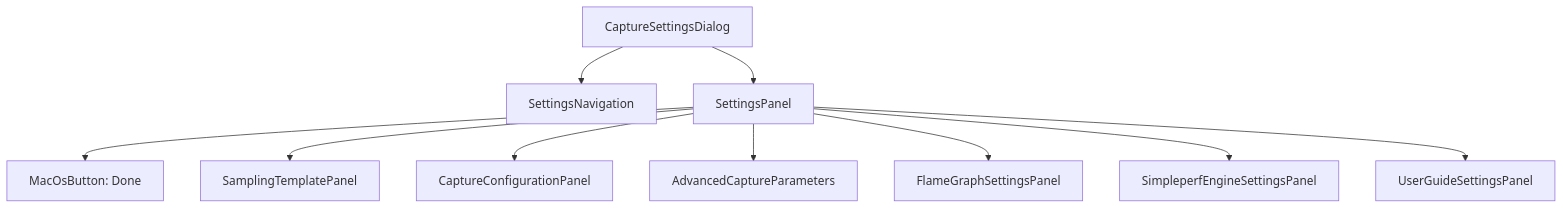
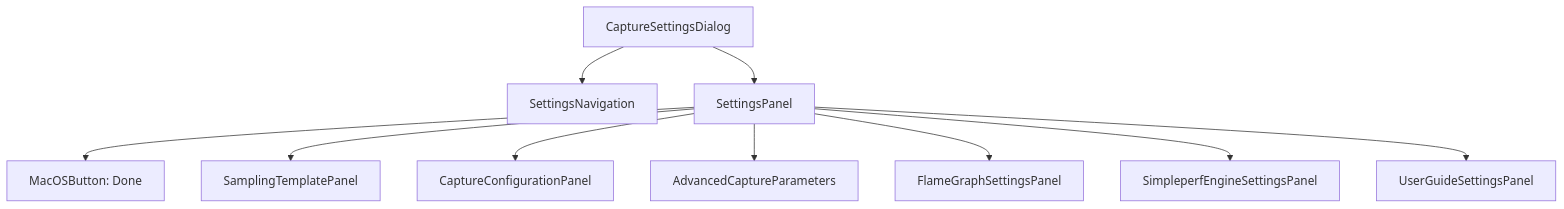
Diagram 15 of 24 in desktop-viewer/docs/architecture/ui-layout-map.md (yuchuangu85/AndroidPerformanceStudio), drawn with Mermaid before and after one commit. The commit also changed other lines of this file and 27 other files, not shown here.

````diff
--- a/desktop-viewer/docs/architecture/ui-layout-map.md
+++ b/desktop-viewer/docs/architecture/ui-layout-map.md
@@ -822,23 +822,23 @@
 ```mermaid
 flowchart TD
     Dialog[CaptureSettingsDialog]
     Nav[SettingsNavigation]
     Panel[SettingsPanel]
-    Done[MacOsButton: Done]
+    Done[MacOSButton: Done]
     Template[SamplingTemplatePanel]
     Config[CaptureConfigurationPanel]
     Advanced[AdvancedCaptureParameters]
     Flame[FlameGraphSettingsPanel]
     Engine[SimpleperfEngineSettingsPanel]
     Guide[UserGuideSettingsPanel]
 
     Dialog --> Nav
     Dialog --> Panel
     Panel --> Done
     Panel --> Template
     Panel --> Config
     Panel --> Advanced
     Panel --> Flame
     Panel --> Engine
     Panel --> Guide
 ```
````
